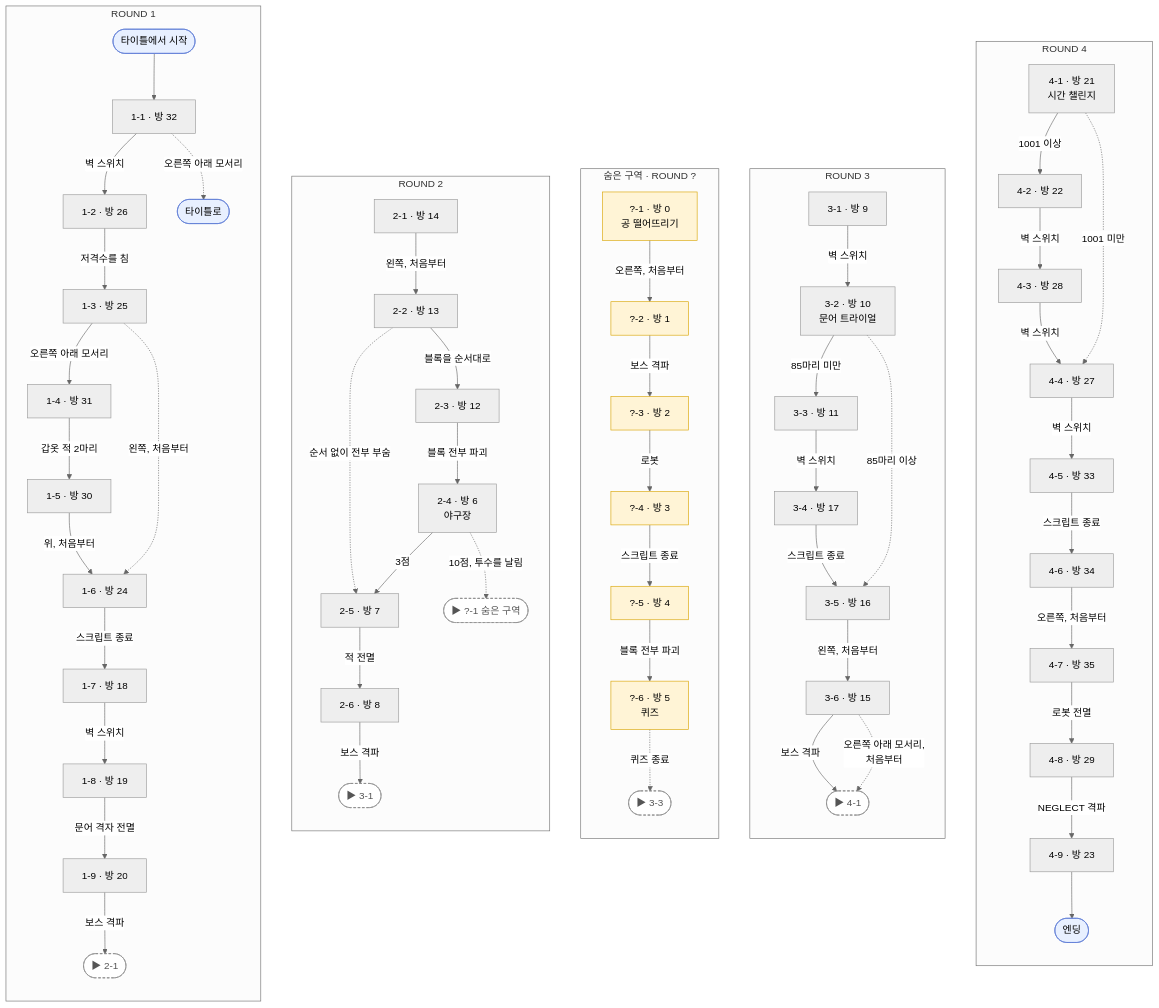
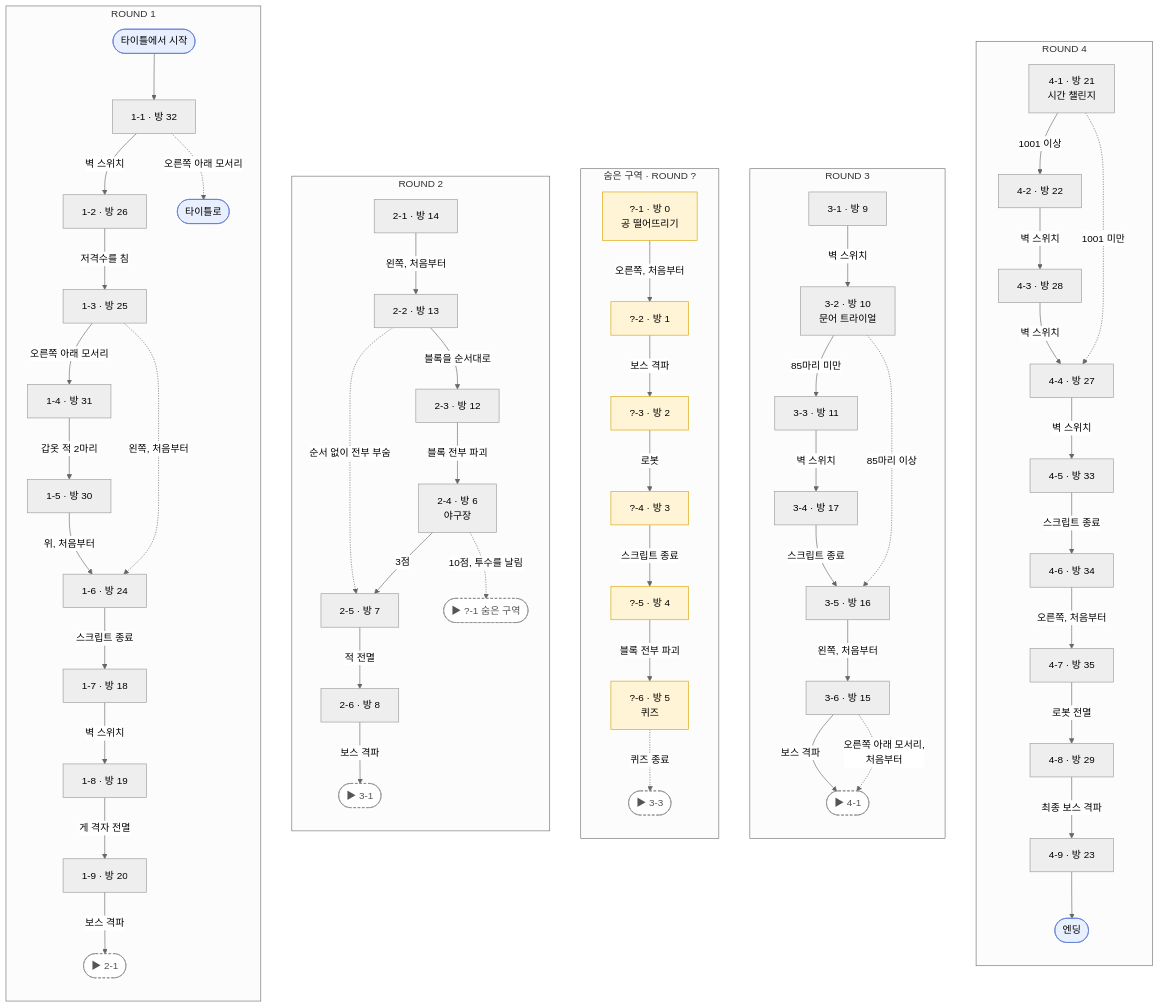
One commit to flvrdoyster/kaisin changed the diagram in NOTES.md. Above: the diagram before and after it, drawn with Mermaid (neutral theme). The commit also changed other lines of this file, not shown here.

````diff
--- a/NOTES.md
+++ b/NOTES.md
@@ -261,74 +261,74 @@
 ```mermaid
 flowchart TB
   subgraph W4["ROUND 4"]
     direction TB
     R21["4-1 · 방 21<br/>시간 챌린지"] -->|1001 이상| R22["4-2 · 방 22"]
     R22 -->|벽 스위치| R28["4-3 · 방 28"]
     R28 -->|벽 스위치| R27["4-4 · 방 27"]
     R21 -.->|1001 미만| R27
     R27 -->|벽 스위치| R33["4-5 · 방 33"]
     R33 -->|스크립트 종료| R34["4-6 · 방 34"]
     R34 -->|오른쪽, 처음부터| R35["4-7 · 방 35"]
     R35 -->|로봇 전멸| R29["4-8 · 방 29"]
-    R29 -->|NEGLECT 격파| R23["4-9 · 방 23"]
+    R29 -->|최종 보스 격파| R23["4-9 · 방 23"]
     R23 --> ENDING([엔딩])
   end
 
   subgraph W3["ROUND 3"]
     direction TB
     R9["3-1 · 방 9"] -->|벽 스위치| R10["3-2 · 방 10<br/>문어 트라이얼"]
     R10 -->|85마리 미만| R11["3-3 · 방 11"]
     R11 -->|벽 스위치| R17["3-4 · 방 17"]
     R17 -->|스크립트 종료| R16["3-5 · 방 16"]
     R10 -.->|85마리 이상| R16
     R16 -->|왼쪽, 처음부터| R15["3-6 · 방 15"]
     R15 -->|보스 격파| G4a(["▶ 4-1"])
     R15 -.->|오른쪽 아래 모서리,<br/>처음부터| G4a
   end
 
   subgraph HIDDEN["숨은 구역 · ROUND ?"]
     direction TB
     R0["?-1 · 방 0<br/>공 떨어뜨리기"] -->|오른쪽, 처음부터| R1["?-2 · 방 1"]
     R1 -->|보스 격파| R2["?-3 · 방 2"]
     R2 -->|로봇| R3["?-4 · 방 3"]
     R3 -->|스크립트 종료| R4["?-5 · 방 4"]
     R4 -->|블록 전부 파괴| R5["?-6 · 방 5<br/>퀴즈"]
     R5 -.->|퀴즈 종료| G3b(["▶ 3-3"])
   end
 
   subgraph W2["ROUND 2"]
     direction TB
     R14["2-1 · 방 14"] -->|왼쪽, 처음부터| R13["2-2 · 방 13"]
     R13 -->|블록을 순서대로| R12["2-3 · 방 12"]
     R12 -->|블록 전부 파괴| R6["2-4 · 방 6<br/>야구장"]
     R6 -->|3점| R7["2-5 · 방 7"]
     R13 -.->|순서 없이 전부 부숨| R7
     R6 -.->|10점, 투수를 날림| GHa(["▶ ?-1 숨은 구역"])
     R7 -->|적 전멸| R8["2-6 · 방 8"]
     R8 -->|보스 격파| G3a(["▶ 3-1"])
   end
 
   subgraph W1["ROUND 1"]
     direction TB
     START([타이틀에서 시작]) --> R32
     R32["1-1 · 방 32"] -->|벽 스위치| R26["1-2 · 방 26"]
     R32 -.->|오른쪽 아래 모서리| TITLE([타이틀로])
     R26 -->|저격수를 침| R25["1-3 · 방 25"]
     R25 -->|오른쪽 아래 모서리| R31["1-4 · 방 31"]
     R31 -->|갑옷 적 2마리| R30["1-5 · 방 30"]
     R30 -->|위, 처음부터| R24["1-6 · 방 24"]
     R25 -.->|왼쪽, 처음부터| R24
     R24 -->|스크립트 종료| R18["1-7 · 방 18"]
     R18 -->|벽 스위치| R19["1-8 · 방 19"]
-    R19 -->|문어 격자 전멸| R20["1-9 · 방 20"]
+    R19 -->|게 격자 전멸| R20["1-9 · 방 20"]
     R20 -->|보스 격파| G2a(["▶ 2-1"])
   end
 
   classDef hidden fill:#fff4d6,stroke:#d9a400
   classDef term fill:#e8f0ff,stroke:#5b7bd5
   classDef jump fill:#ffffff,stroke:#888,stroke-dasharray:4 3,color:#555
   class R0,R1,R2,R3,R4,R5 hidden
   class START,TITLE,ENDING term
   class G2a,GHa,G3a,G3b,G4a jump
 
 ```
````
